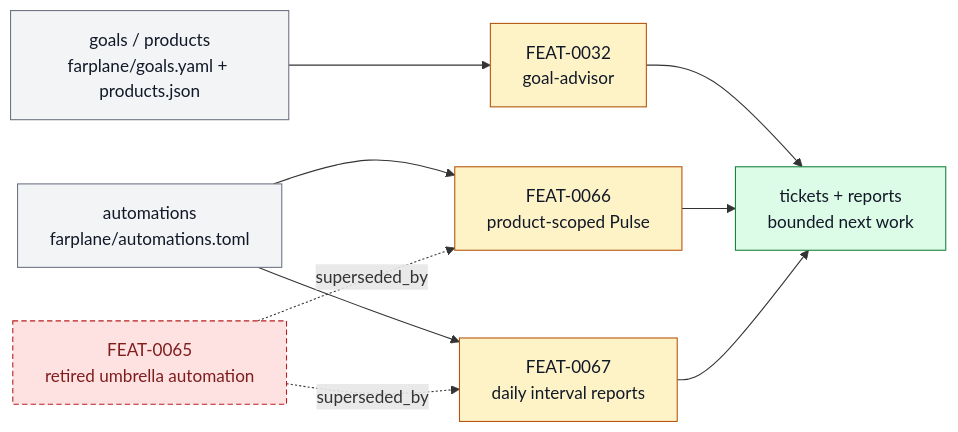
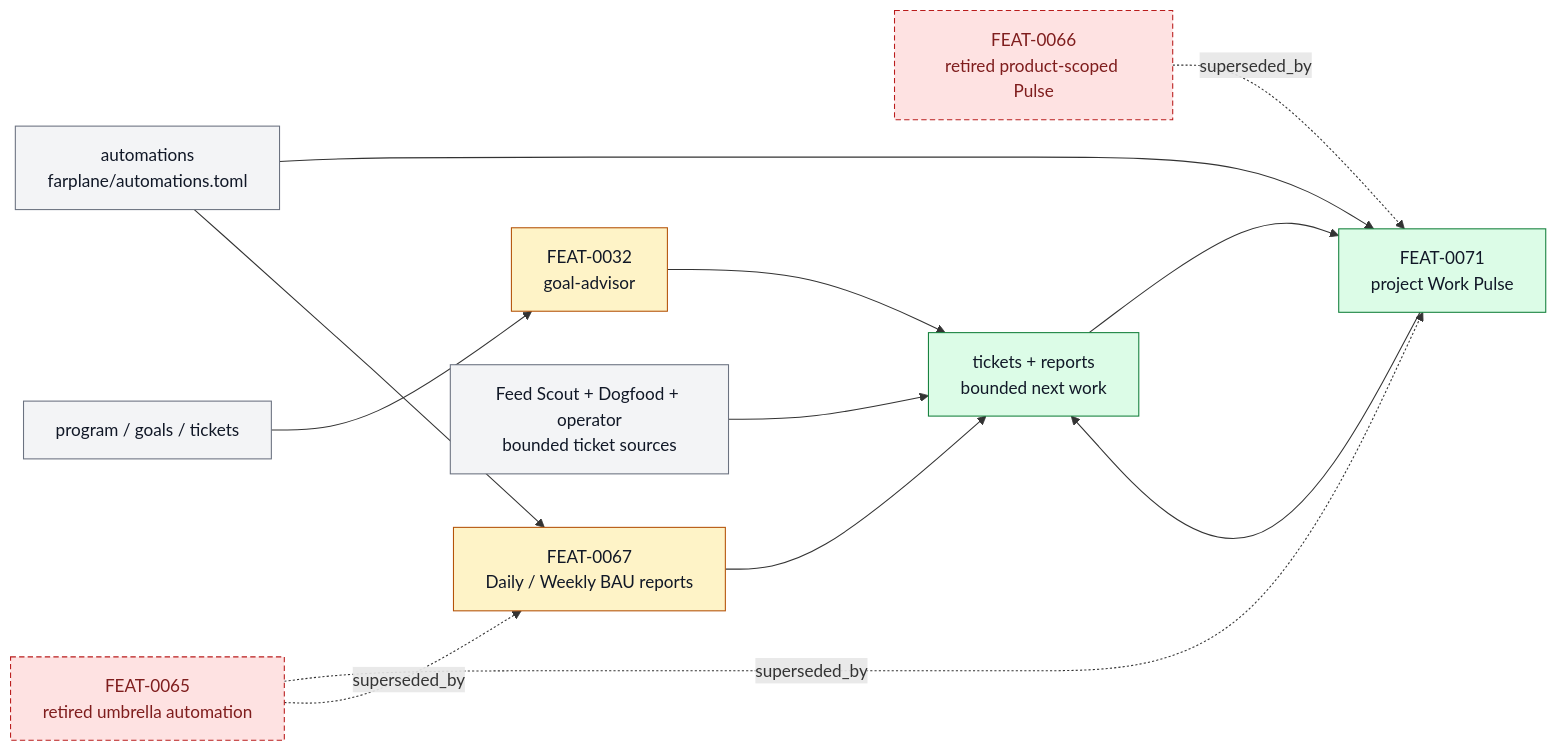
One commit to ZanarkandTechnologies/Farplane changed the diagram in docs/systems/horizon-loop.md. Above: the diagram before and after it, drawn with Mermaid. The commit also changed other lines of this file and 84 other files, not shown here.

````diff
--- a/docs/systems/horizon-loop.md
+++ b/docs/systems/horizon-loop.md
@@ -96,21 +103,25 @@
 ```mermaid
 flowchart LR
   classDef keep fill:#f3f4f6,stroke:#6b7280,color:#111827
   classDef changed fill:#fef3c7,stroke:#b45309,color:#111827
   classDef added fill:#dcfce7,stroke:#15803d,color:#111827
   classDef retired fill:#fee2e2,stroke:#b91c1c,color:#7f1d1d,stroke-dasharray: 5 3
 
-  goals["goals / products<br/>farplane/goals.yaml + products.json"]:::keep
+  goals["program / goals / tickets"]:::keep
   automations["automations<br/>farplane/automations.toml"]:::keep
   advisor["FEAT-0032<br/>goal-advisor"]:::changed
-  pulse["FEAT-0066<br/>product-scoped Pulse"]:::changed
-  interval["FEAT-0067<br/>daily interval reports"]:::changed
+  pulse["FEAT-0071<br/>project Work Pulse"]:::added
+  interval["FEAT-0067<br/>Daily / Weekly BAU reports"]:::changed
+  sources["Feed Scout + Dogfood + operator<br/>bounded ticket sources"]:::keep
   old["FEAT-0065<br/>retired umbrella automation"]:::retired
+  productPulse["FEAT-0066<br/>retired product-scoped Pulse"]:::retired
   outputs["tickets + reports<br/>bounded next work"]:::added
 
   goals --> advisor --> outputs
   automations --> pulse --> outputs
   automations --> interval --> outputs
+  sources --> outputs --> pulse
   old -. "superseded_by" .-> pulse
   old -. "superseded_by" .-> interval
+  productPulse -. "superseded_by" .-> pulse
 ```
````
